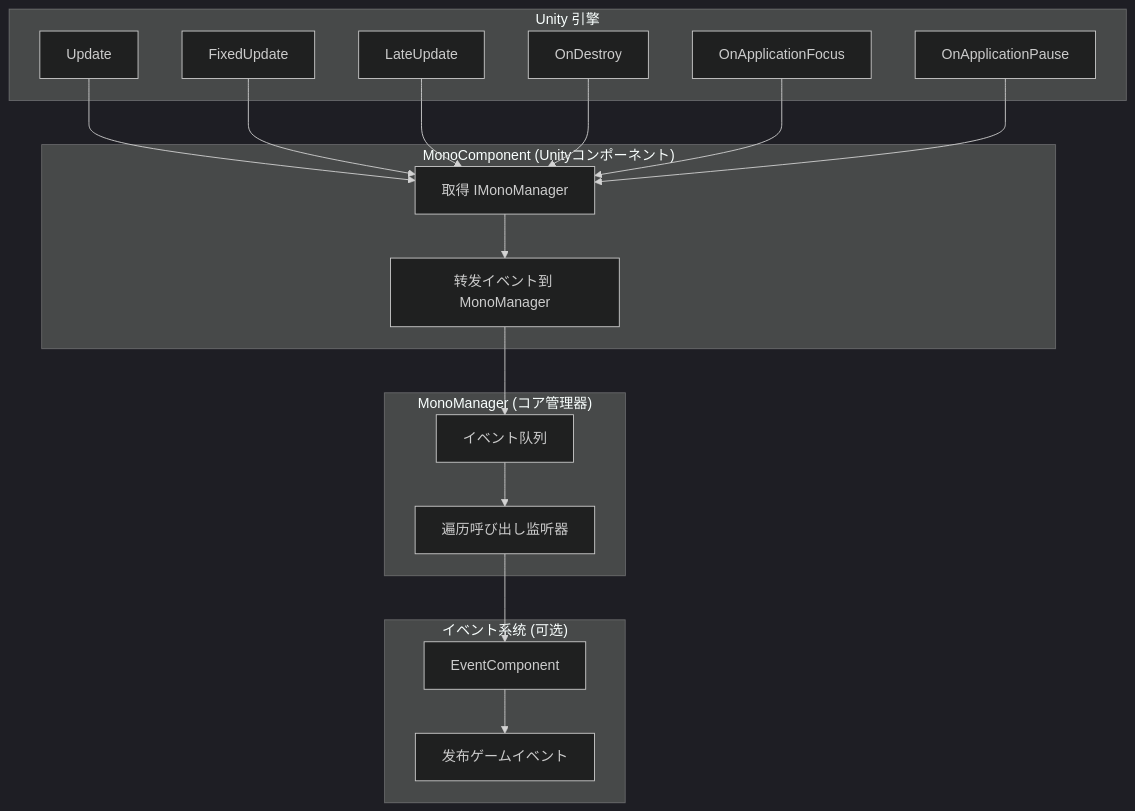
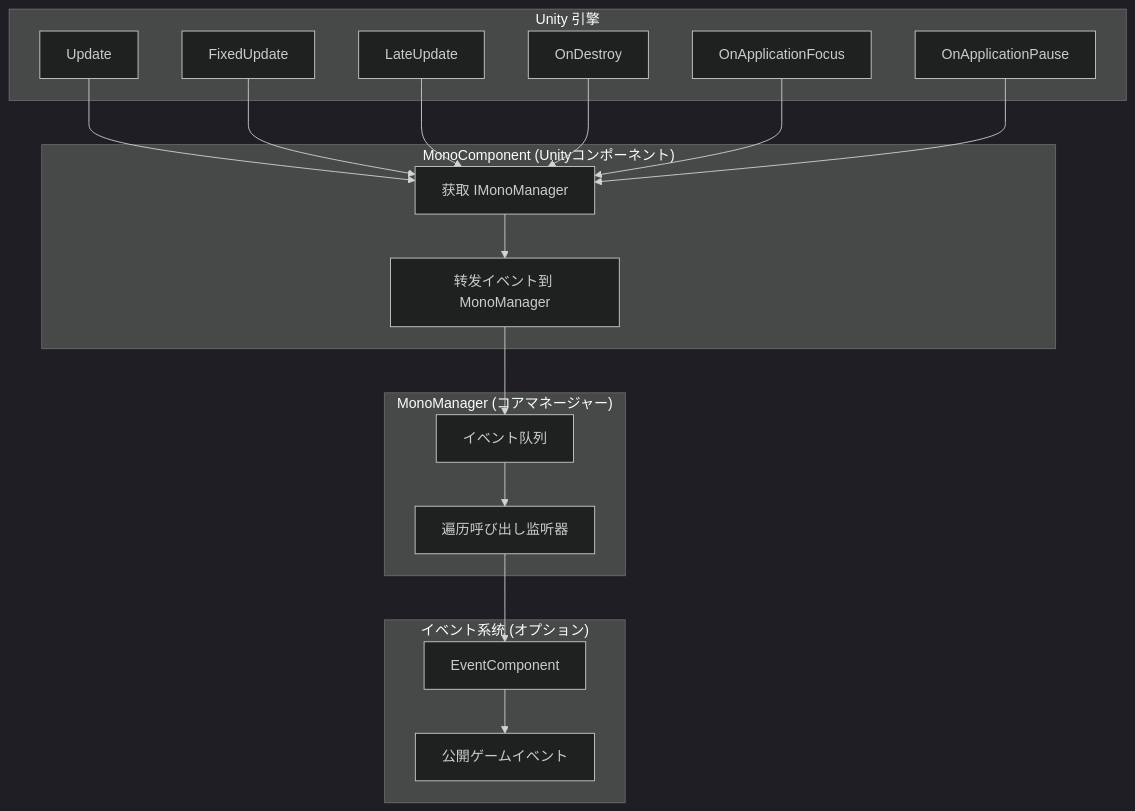
Before and after one commit to AlianBlank/GameFrameX.Docs: the first of 2 diagrams in docs/ja/client/unity/component/mono/03.getting-started.md, drawn with Mermaid (dark theme). The commit also changed other lines of this file and 320 other files, not shown here.

````diff
--- a/docs/ja/client/unity/component/mono/03.getting-started.md
+++ b/docs/ja/client/unity/component/mono/03.getting-started.md
@@ -13,39 +13,39 @@
 ```mermaid
 flowchart TD
     subgraph Unity["Unity 引擎"]
         Update[Update]
         FixedUpdate[FixedUpdate]
         LateUpdate[LateUpdate]
         OnDestroy[OnDestroy]
         OnAppFocus[OnApplicationFocus]
         OnAppPause[OnApplicationPause]
     end
 
     subgraph MonoComponent["MonoComponent (Unityコンポーネント)"]
-        MC_Get[取得 IMonoManager]
+        MC_Get[获取 IMonoManager]
         MC_Forward[转发イベント到 MonoManager]
     end
 
-    subgraph MonoManager["MonoManager (コア管理器)"]
+    subgraph MonoManager["MonoManager (コアマネージャー)"]
         MM_Queue[イベント队列]
         MM_Invoke[遍历呼び出し监听器]
     end
 
-    subgraph EventSystem["イベント系统 (可选)"]
+    subgraph EventSystem["イベント系统 (オプション)"]
         EC[EventComponent]
-        Fire[发布ゲームイベント]
+        Fire[公開ゲームイベント]
     end
 
     Update --> MC_Get
     FixedUpdate --> MC_Get
     LateUpdate --> MC_Get
     OnDestroy --> MC_Get
     OnAppFocus --> MC_Get
     OnAppPause --> MC_Get
 
     MC_Get --> MC_Forward
     MC_Forward --> MM_Queue
     MM_Queue --> MM_Invoke
     MM_Invoke --> EC
     EC --> Fire
 ```
````
